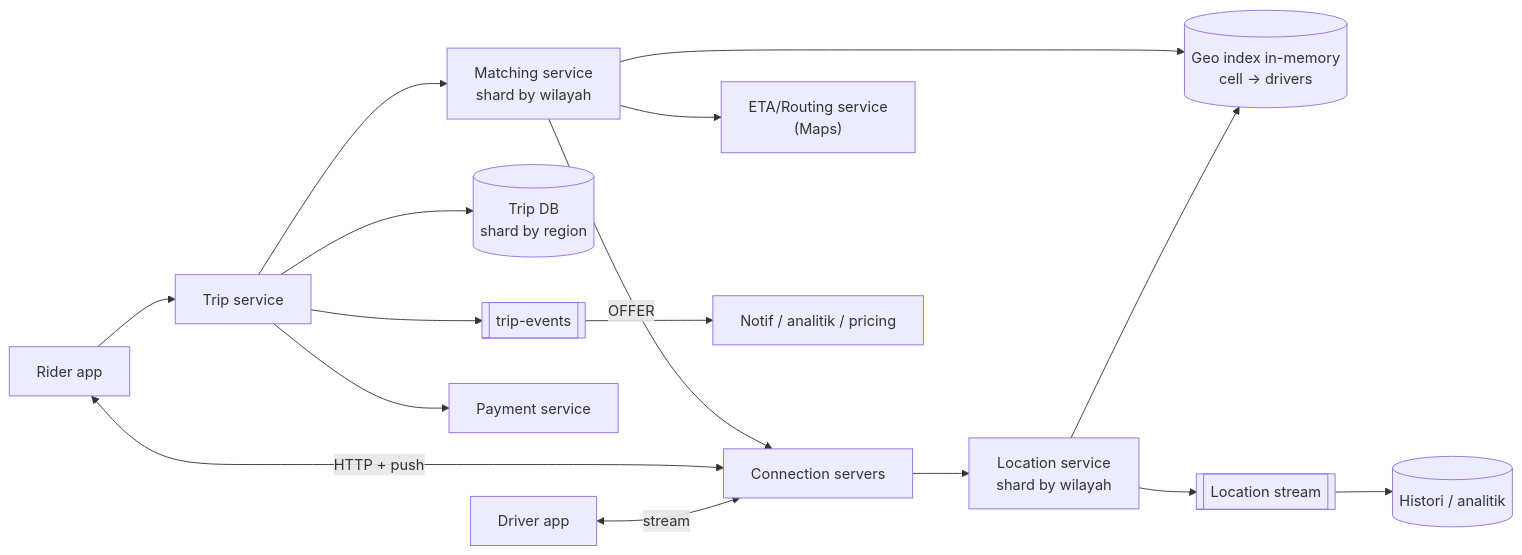
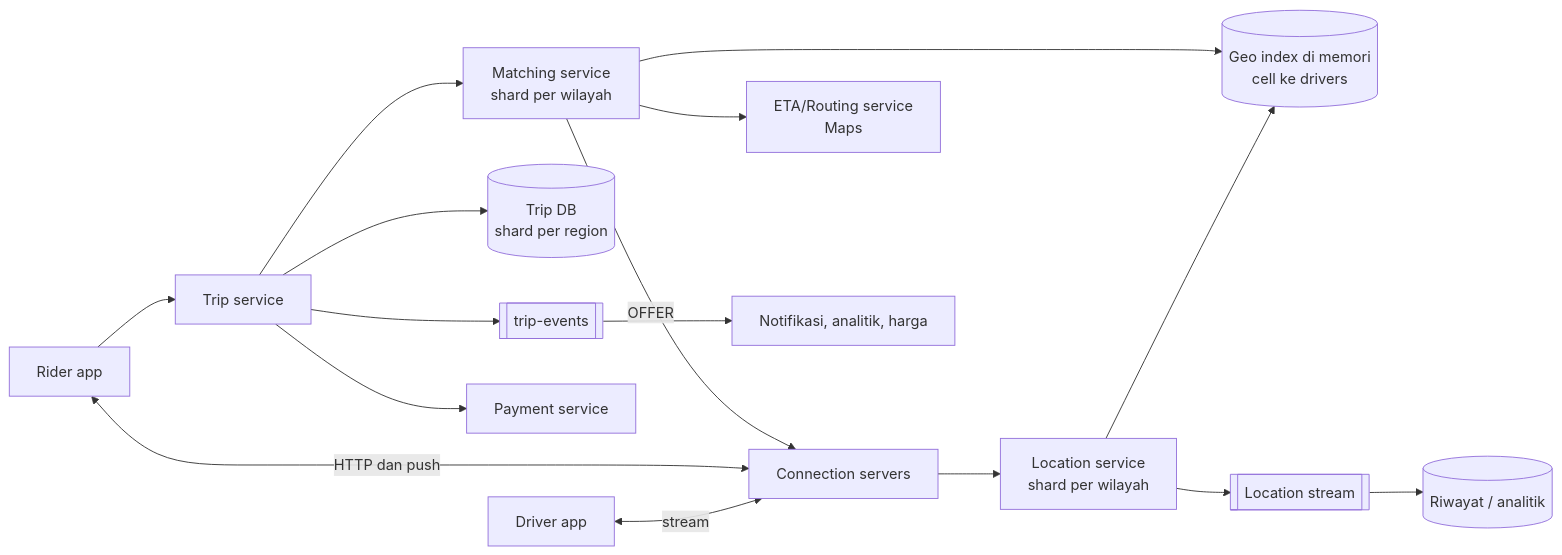
The first of 2 diagrams in src/content/lessons/bagian-3/uber.mdx (andreanpradanaa/sysdesign-lab), drawn with Mermaid before and after one commit. The commit also changed other lines of this file and 17 other files, not shown here.

````diff
--- a/src/content/lessons/bagian-3/uber.mdx
+++ b/src/content/lessons/bagian-3/uber.mdx
@@ -154,16 +154,16 @@
 ```mermaid
 flowchart LR
   D[Driver app] <-->|stream| CS[Connection servers]
-  R[Rider app] <-->|HTTP + push| CS
-  CS --> LS[Location service\nshard by wilayah]
-  LS --> GI[(Geo index in-memory\ncell → drivers)]
-  LS --> ST[[Location stream]] --> HIST[(Histori / analitik)]
+  R[Rider app] <-->|HTTP dan push| CS
+  CS --> LS[Location service\nshard per wilayah]
+  LS --> GI[("Geo index di memori\ncell ke drivers")]
+  LS --> ST[["Location stream"]] --> HIST[("Riwayat / analitik")]
   R --> TS[Trip service]
-  TS --> TDB[(Trip DB\nshard by region)]
-  TS --> MS[Matching service\nshard by wilayah]
+  TS --> TDB[("Trip DB\nshard per region")]
+  TS --> MS[Matching service\nshard per wilayah]
   MS --> GI
-  MS --> ETA["ETA/Routing service\n(Maps)"]
+  MS --> ETA["ETA/Routing service\nMaps"]
   MS -->|OFFER| CS
   TS --> PAY[Payment service]
-  TS --> PUB[[trip-events]] --> NOTIF[Notif / analitik / pricing]
+  TS --> PUB[["trip-events"]] --> NOTIF[Notifikasi, analitik, harga]
 ```
````
